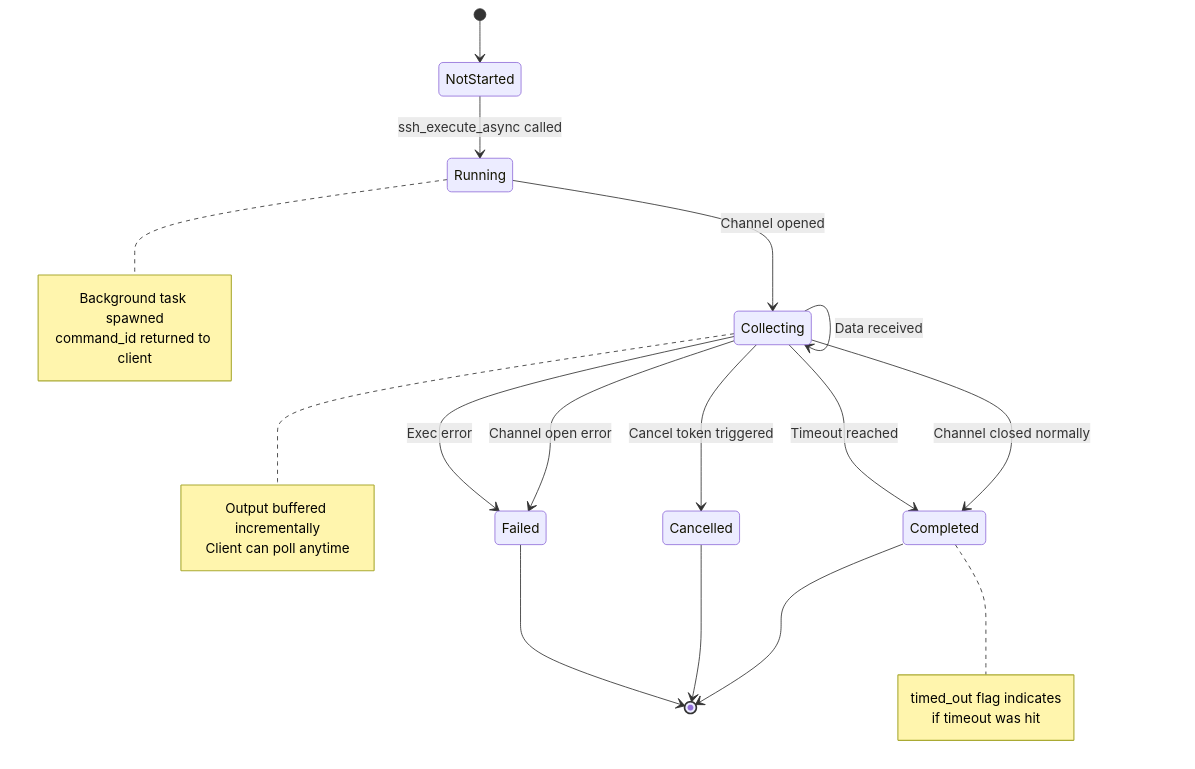
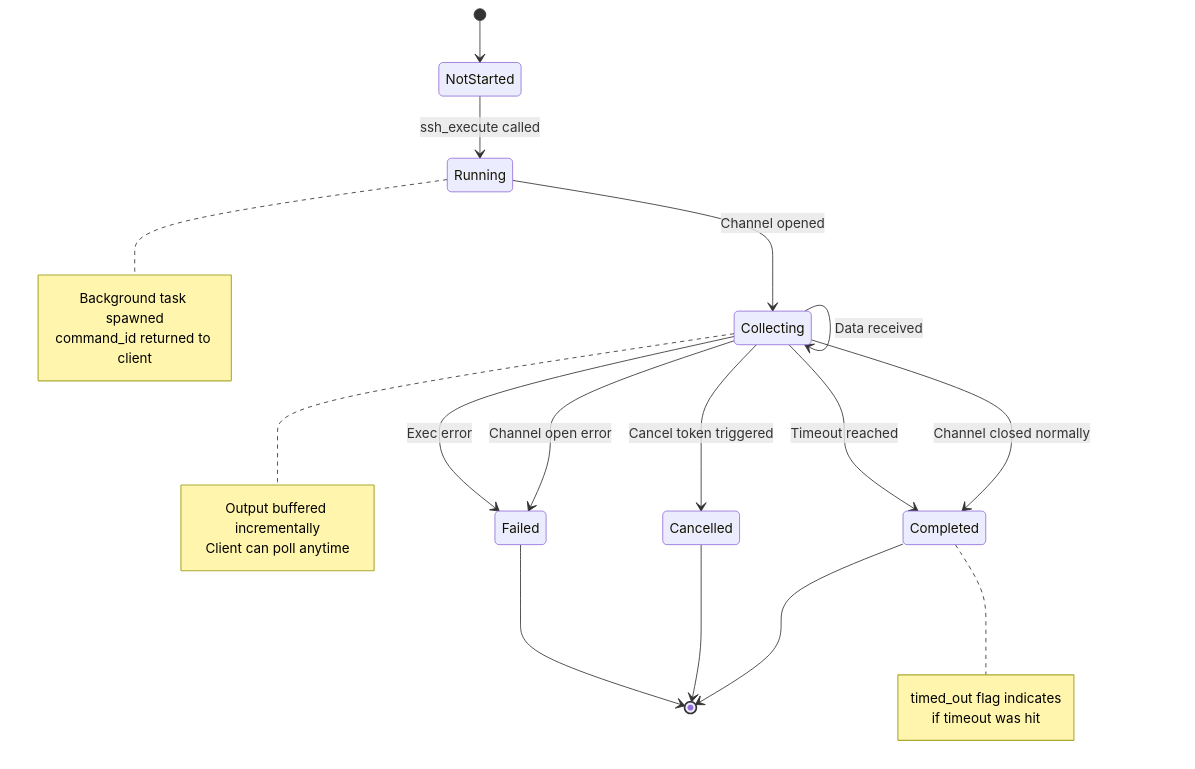
The tenth of 24 diagrams in docs/FLOWS.md (farchanjo/ssh-mcp), drawn with Mermaid before and after one commit. The commit also changed other lines of this file and 6 other files, not shown here.

````diff
--- a/docs/FLOWS.md
+++ b/docs/FLOWS.md
@@ -656,34 +495,34 @@
 ```mermaid
 stateDiagram-v2
     [*] --> NotStarted
 
-    NotStarted --> Running: ssh_execute_async called
+    NotStarted --> Running: ssh_execute called
 
     Running --> Collecting: Channel opened
 
     Collecting --> Collecting: Data received
     Collecting --> Completed: Channel closed normally
     Collecting --> Completed: Timeout reached
     Collecting --> Cancelled: Cancel token triggered
     Collecting --> Failed: Channel open error
     Collecting --> Failed: Exec error
 
     Completed --> [*]
     Cancelled --> [*]
     Failed --> [*]
 
     note right of Running
         Background task spawned
         command_id returned to client
     end note
 
     note right of Collecting
         Output buffered incrementally
         Client can poll anytime
     end note
 
     note right of Completed
         timed_out flag indicates
         if timeout was hit
     end note
 ```
````
